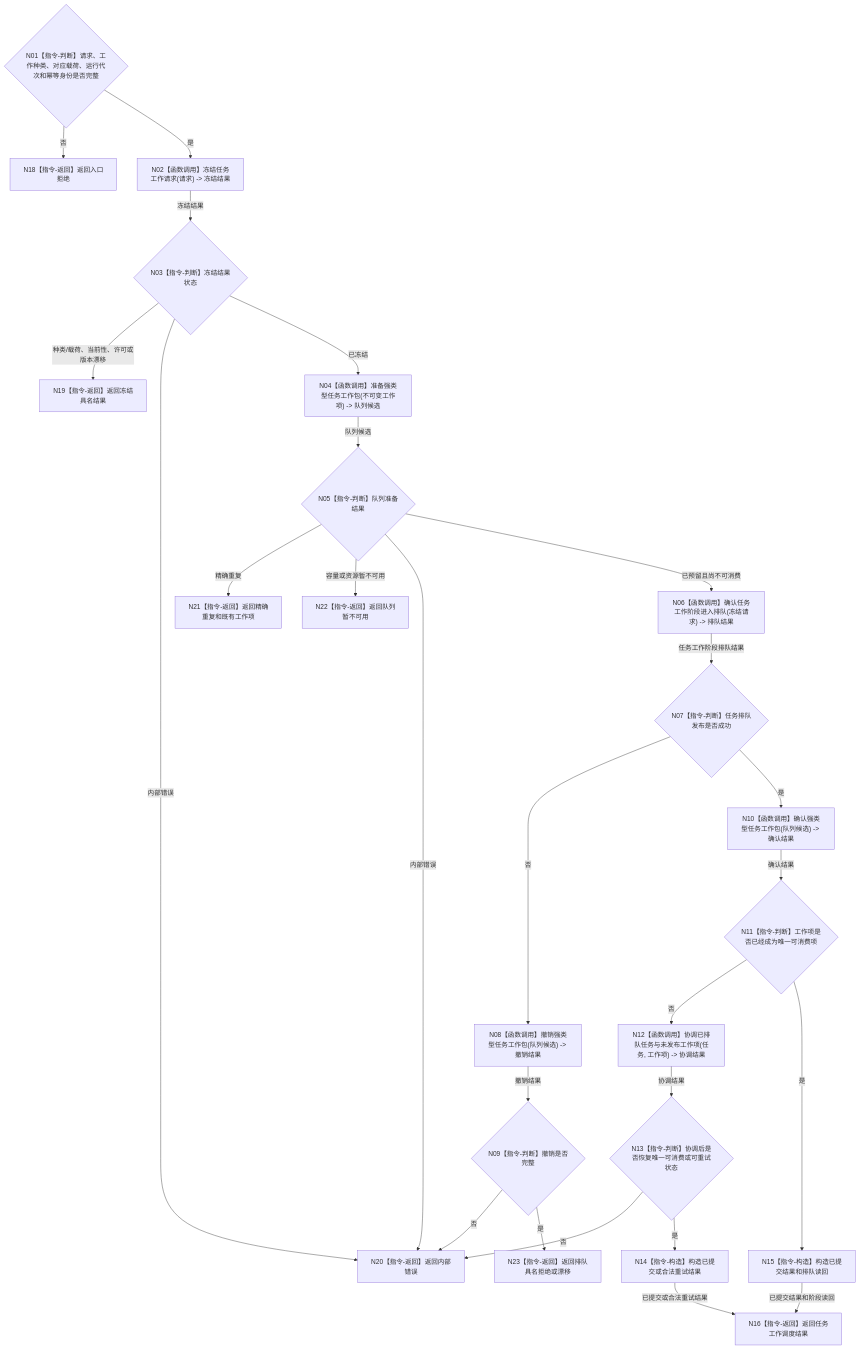
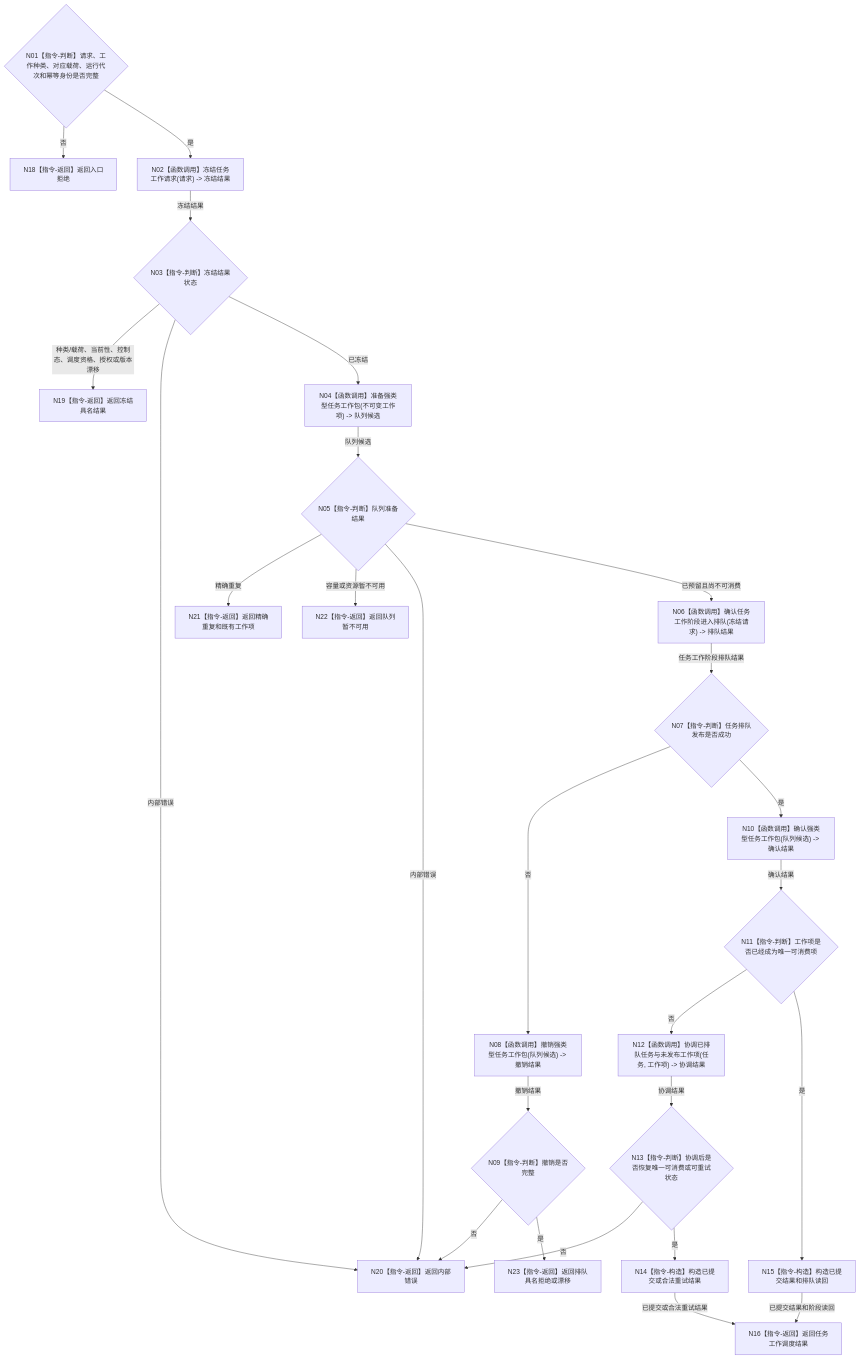
One commit to chunhaizh-cyber/HY-Ego changed the diagram in 流程图/目标业务流程图/L2/BIZ-L2-004-04_派发一个不可变任务工作包_目标函数流程图_v0.1.md. Above: the diagram before and after it, drawn with Mermaid. The commit also changed other lines of this file and 35 other files, not shown here.

````diff
--- a/流程图/目标业务流程图/L2/BIZ-L2-004-04_派发一个不可变任务工作包_目标函数流程图_v0.1.md
+++ b/流程图/目标业务流程图/L2/BIZ-L2-004-04_派发一个不可变任务工作包_目标函数流程图_v0.1.md
@@ -34,28 +34,28 @@
 ```mermaid
 flowchart TD
     N01{"N01【指令-判断】请求、工作种类、对应载荷、运行代次和幂等身份是否完整"} -->|"否"| N18["N18【指令-返回】返回入口拒绝"]
     N01 -->|"是"| N02["N02【函数调用】冻结任务工作请求(请求) -> 冻结结果"]
     N02 -->|冻结结果| N03{"N03【指令-判断】冻结结果状态"}
-    N03 -->|"种类/载荷、当前性、许可或版本漂移"| N19["N19【指令-返回】返回冻结具名结果"]
+    N03 -->|"种类/载荷、当前性、控制态、调度资格、授权或版本漂移"| N19["N19【指令-返回】返回冻结具名结果"]
     N03 -->|"内部错误"| N20["N20【指令-返回】返回内部错误"]
     N03 -->|"已冻结"| N04["N04【函数调用】准备强类型任务工作包(不可变工作项) -> 队列候选"]
     N04 -->|队列候选| N05{"N05【指令-判断】队列准备结果"}
     N05 -->|"精确重复"| N21["N21【指令-返回】返回精确重复和既有工作项"]
     N05 -->|"容量或资源暂不可用"| N22["N22【指令-返回】返回队列暂不可用"]
     N05 -->|"内部错误"| N20
     N05 -->|"已预留且尚不可消费"| N06["N06【函数调用】确认任务工作阶段进入排队(冻结请求) -> 排队结果"]
     N06 -->|任务工作阶段排队结果| N07{"N07【指令-判断】任务排队发布是否成功"}
     N07 -->|"否"| N08["N08【函数调用】撤销强类型任务工作包(队列候选) -> 撤销结果"]
     N08 -->|撤销结果| N09{"N09【指令-判断】撤销是否完整"}
     N09 -->|"否"| N20
     N09 -->|"是"| N23["N23【指令-返回】返回排队具名拒绝或漂移"]
     N07 -->|"是"| N10["N10【函数调用】确认强类型任务工作包(队列候选) -> 确认结果"]
     N10 -->|确认结果| N11{"N11【指令-判断】工作项是否已经成为唯一可消费项"}
     N11 -->|"否"| N12["N12【函数调用】协调已排队任务与未发布工作项(任务, 工作项) -> 协调结果"]
     N12 -->|协调结果| N13{"N13【指令-判断】协调后是否恢复唯一可消费或可重试状态"}
     N13 -->|"否"| N20
     N13 -->|"是"| N14["N14【指令-构造】构造已提交或合法重试结果"]
     N11 -->|"是"| N15["N15【指令-构造】构造已提交结果和排队读回"]
     N14 -->|已提交或合法重试结果| N16["N16【指令-返回】返回任务工作调度结果"]
     N15 -->|已提交结果和阶段读回| N16
 ```
````
